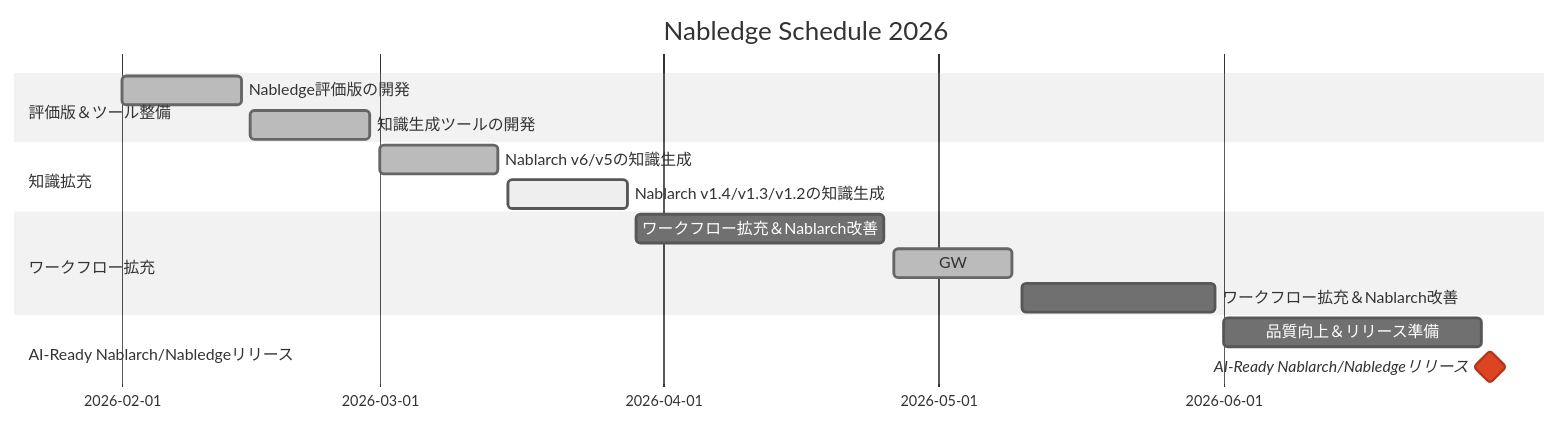
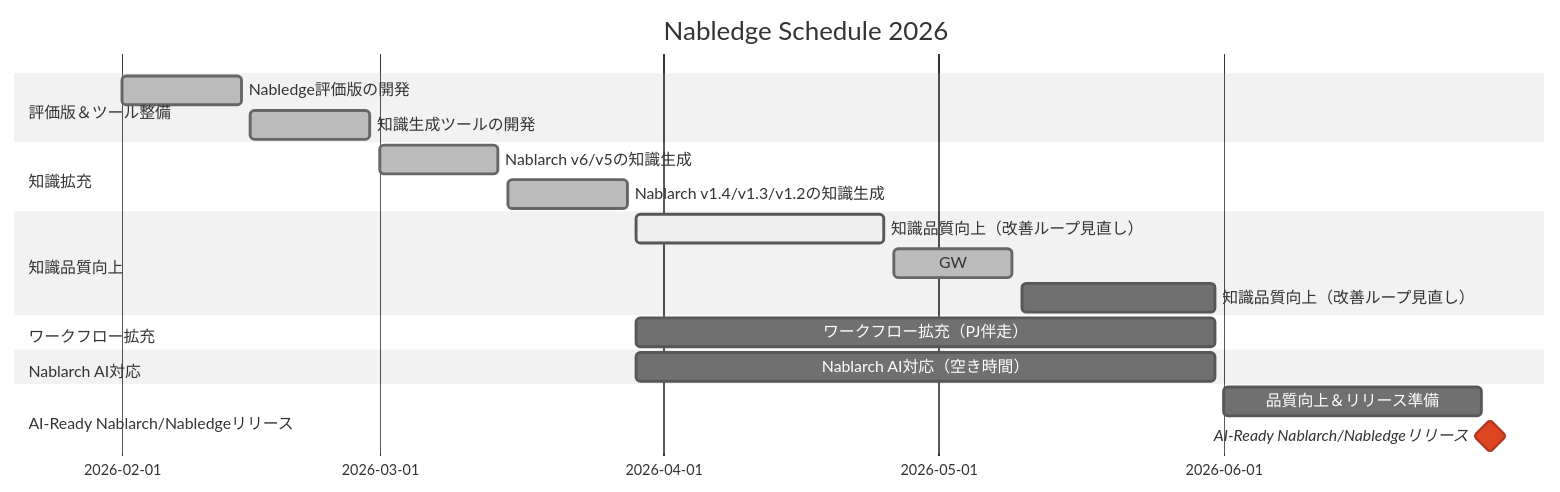
The diagram in docs/development-status.md (nablarch/nabledge-dev), drawn with Mermaid (neutral theme) before and after one commit. The commit also changed other lines of this file, not shown here.

````diff
--- a/docs/development-status.md
+++ b/docs/development-status.md
@@ -19,25 +19,31 @@
 ```mermaid
 gantt
     title Nabledge Schedule 2026
     dateFormat YYYY-MM-DD
 
     section 評価版＆ツール整備
     Nabledge評価版の開発             :done, 2026-02-01, 2026-02-14
     知識生成ツールの開発             :done, 2026-02-15, 2026-02-28
 
     section 知識拡充
     Nablarch v6/v5の知識生成        :done, 2026-03-01, 2026-03-14
-    Nablarch v1.4/v1.3/v1.2の知識生成 :active, 2026-03-15, 2026-03-28
+    Nablarch v1.4/v1.3/v1.2の知識生成 :done, 2026-03-15, 2026-03-28
+
+    section 知識品質向上
+    知識品質向上（改善ループ見直し）  :active, 2026-03-29, 2026-04-25
+    GW                             :done, 2026-04-26, 2026-05-09
+    知識品質向上（改善ループ見直し）  :2026-05-10, 2026-05-31
 
     section ワークフロー拡充
-    ワークフロー拡充＆Nablarch改善    :2026-03-29, 2026-04-25
-    GW                             :done, 2026-04-26, 2026-05-09
-    ワークフロー拡充＆Nablarch改善    :2026-05-10, 2026-05-31
+    ワークフロー拡充（PJ伴走）        :2026-03-29, 2026-05-31
+
+    section Nablarch AI対応
+    Nablarch AI対応（空き時間）       :2026-03-29, 2026-05-31
 
     section AI-Ready Nablarch/Nabledgeリリース
     品質向上＆リリース準備                        :2026-06-01, 2026-06-29
     AI-Ready Nablarch/Nabledgeリリース          :crit, milestone, 2026-06-30, 0d
 
     section
     　                                          :done, 2026-07-01, 2026-07-14
 ```
````
